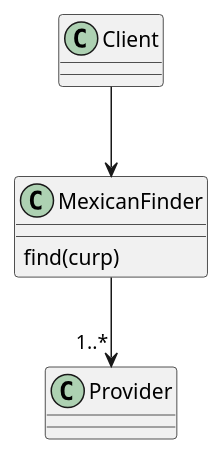
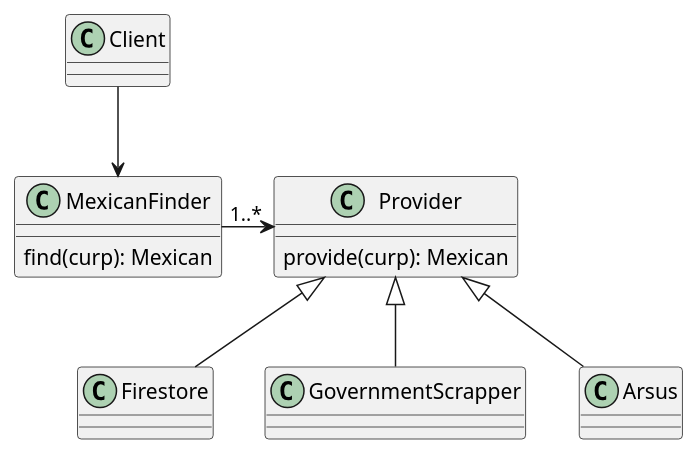
Before and after one commit to sanchezcarlosjr/curp: the diagram in README.md, drawn with PlantUML. The commit also changed other lines of this file and 7 other files, not shown here.

````diff
--- a/README.md
+++ b/README.md
@@ -8,10 +8,16 @@
 ```puml
 @startuml
 class Client
 class MexicanFinder {
-   find(curp)
+   find(curp): Mexican
 }
 Client --> MexicanFinder
-MexicanFinder --> "1..*" Provider
+class Provider {
+provide(curp): Mexican
+}
+MexicanFinder -right-> "1..*" Provider
+Provider <|-down- Firestore
+Provider <|-down- GovernmentScrapper
+Provider <|-down- Arsus
 @enduml
 ```
````
